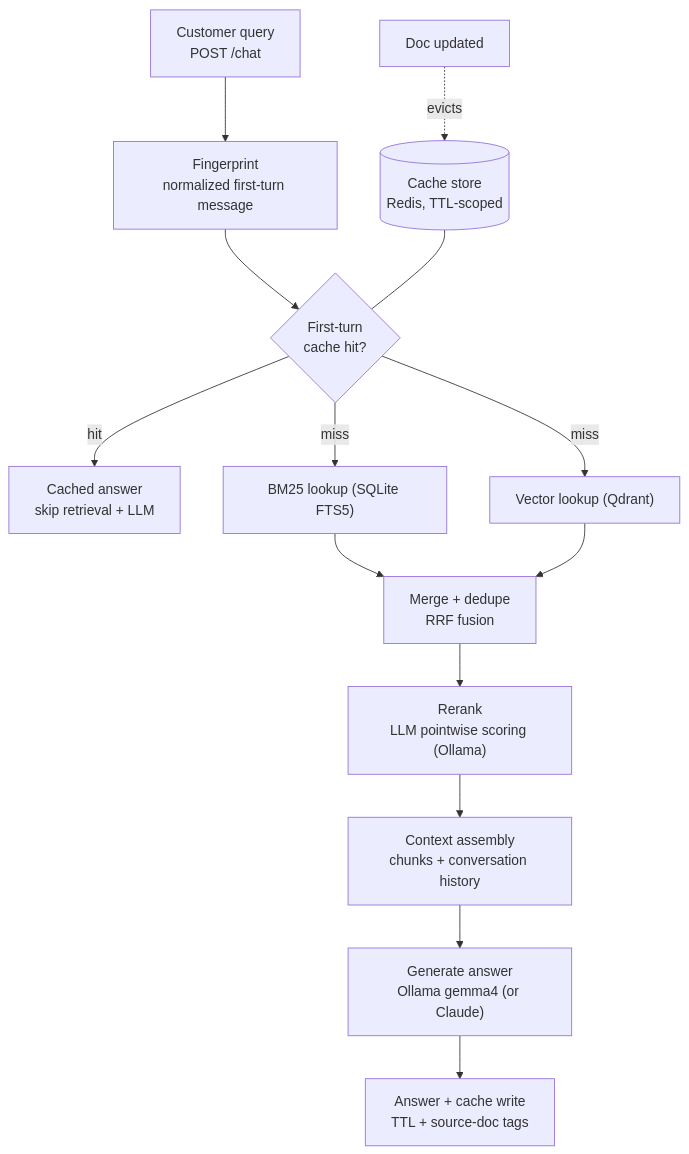
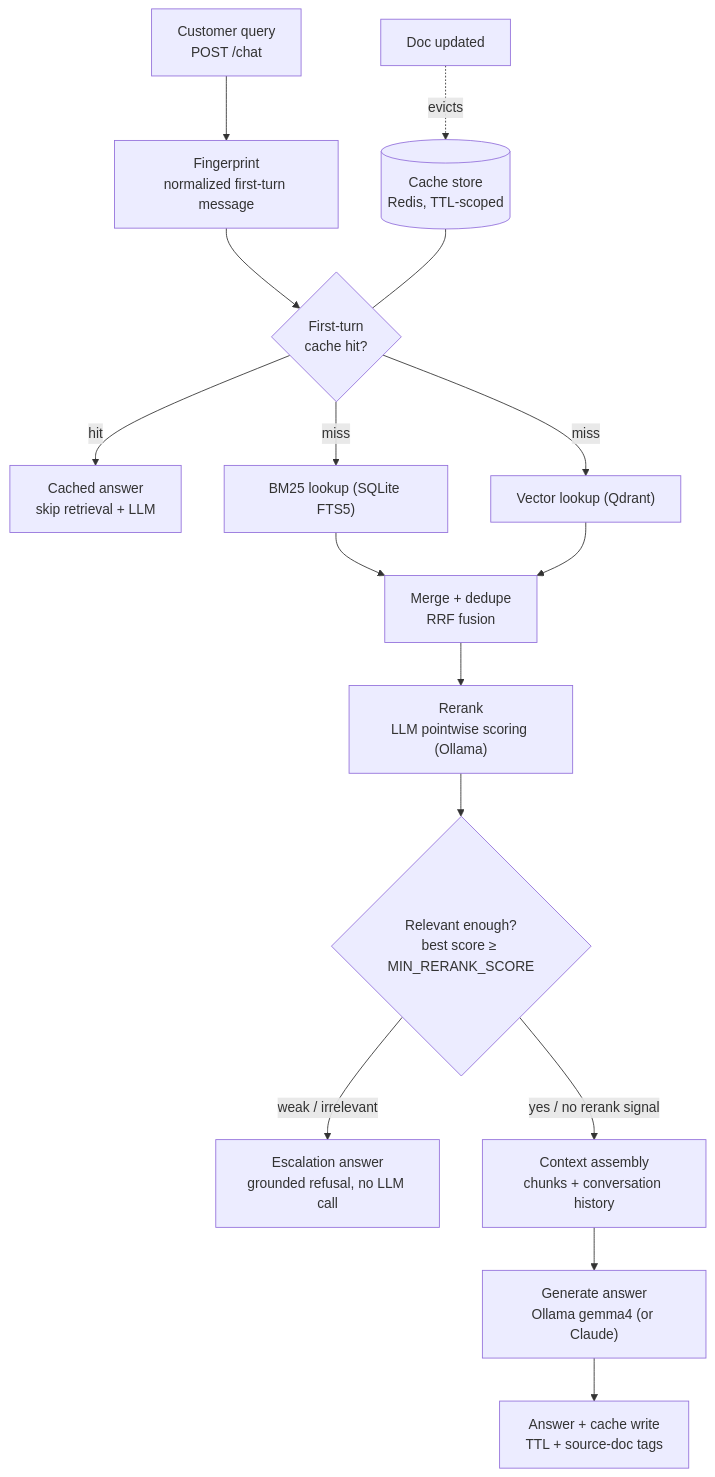
One commit to Bensigo/customer-service-rag changed the second of 2 diagrams in README.md. Above: the diagram before and after it, drawn with Mermaid. The commit also changed other lines of this file and 2 other files, not shown here.

First line of the commit message:
docs: describe the weak-retrieval relevance gate across repo docs (#50) (#52)

````diff
--- a/README.md
+++ b/README.md
@@ -55,16 +55,18 @@
 ```mermaid
 flowchart TD
     Q["Customer query<br/>POST /chat"] --> P["Fingerprint<br/>normalized first-turn message"]
     P --> H{"First-turn<br/>cache hit?"}
     H -- hit --> R["Cached answer<br/>skip retrieval + LLM"]
     H -- miss --> B25["BM25 lookup (SQLite FTS5)"]
     H -- miss --> V["Vector lookup (Qdrant)"]
     B25 --> M["Merge + dedupe<br/>RRF fusion"]
     V --> M
     M --> RR["Rerank<br/>LLM pointwise scoring (Ollama)"]
-    RR --> CA["Context assembly<br/>chunks + conversation history"]
+    RR --> RG{"Relevant enough?<br/>best score ≥ MIN_RERANK_SCORE"}
+    RG -- "weak / irrelevant" --> ESC["Escalation answer<br/>grounded refusal, no LLM call"]
+    RG -- "yes / no rerank signal" --> CA["Context assembly<br/>chunks + conversation history"]
     CA --> L["Generate answer<br/>Ollama gemma4 (or Claude)"]
     L --> W["Answer + cache write<br/>TTL + source-doc tags"]
     DU["Doc updated"] -. evicts .-> CS[("Cache store<br/>Redis, TTL-scoped")]
     CS --- H
 ```
````
